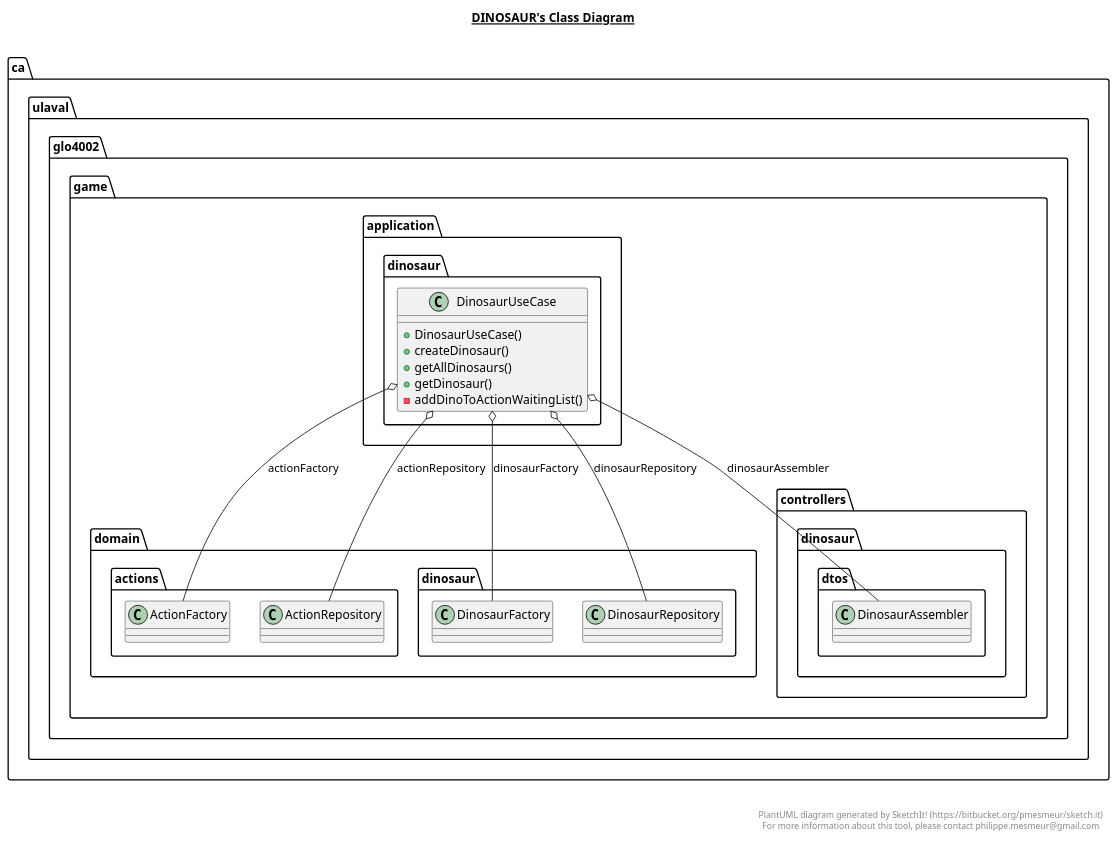
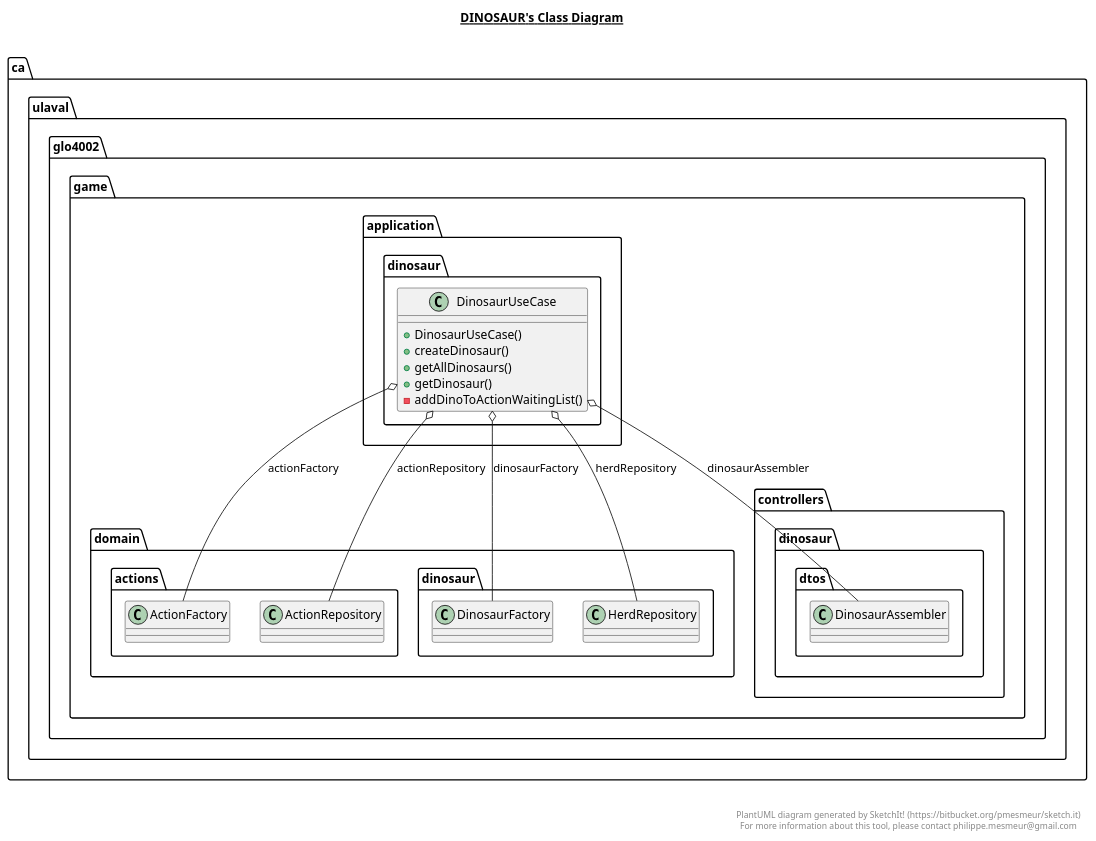
One commit to MALEC321/MEP7 changed the diagram in game-api/src/main/java/ca/ulaval/glo4002/game/application/dinosaur/dinosaur.plantuml. Above: the diagram before and after it, drawn with PlantUML. The commit also changed 22 other files, not shown here.

```diff
--- a/game-api/src/main/java/ca/ulaval/glo4002/game/application/dinosaur/dinosaur.plantuml
+++ b/game-api/src/main/java/ca/ulaval/glo4002/game/application/dinosaur/dinosaur.plantuml
@@ -1,31 +1,31 @@
 @startuml
 
 title __DINOSAUR's Class Diagram__\n
 
     namespace ca.ulaval.glo4002.game {
       namespace application.dinosaur {
         class ca.ulaval.glo4002.game.application.dinosaur.DinosaurUseCase {
             + DinosaurUseCase()
             + createDinosaur()
             + getAllDinosaurs()
             + getDinosaur()
             - addDinoToActionWaitingList()
         }
       }
     }
 
   ca.ulaval.glo4002.game.application.dinosaur.DinosaurUseCase o-- ca.ulaval.glo4002.game.domain.actions.ActionFactory : actionFactory
   ca.ulaval.glo4002.game.application.dinosaur.DinosaurUseCase o-- ca.ulaval.glo4002.game.domain.actions.ActionRepository : actionRepository
   ca.ulaval.glo4002.game.application.dinosaur.DinosaurUseCase o-- ca.ulaval.glo4002.game.controllers.dinosaur.dtos.DinosaurAssembler : dinosaurAssembler
   ca.ulaval.glo4002.game.application.dinosaur.DinosaurUseCase o-- ca.ulaval.glo4002.game.domain.dinosaur.DinosaurFactory : dinosaurFactory
-  ca.ulaval.glo4002.game.application.dinosaur.DinosaurUseCase o-- ca.ulaval.glo4002.game.domain.dinosaur.DinosaurRepository : dinosaurRepository
+  ca.ulaval.glo4002.game.application.dinosaur.DinosaurUseCase o-- ca.ulaval.glo4002.game.domain.dinosaur.HerdRepository : herdRepository
 
 
 right footer
 
 
 PlantUML diagram generated by SketchIt! (https://bitbucket.org/pmesmeur/sketch.it)
 For more information about this tool, please contact philippe.mesmeur@gmail.com
 endfooter
 
 @enduml
```
